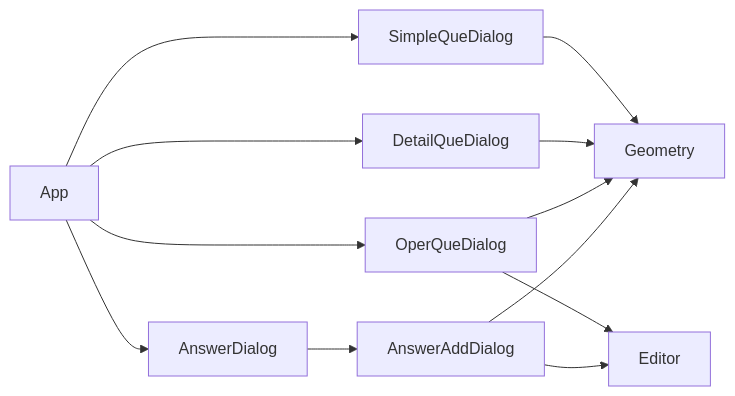
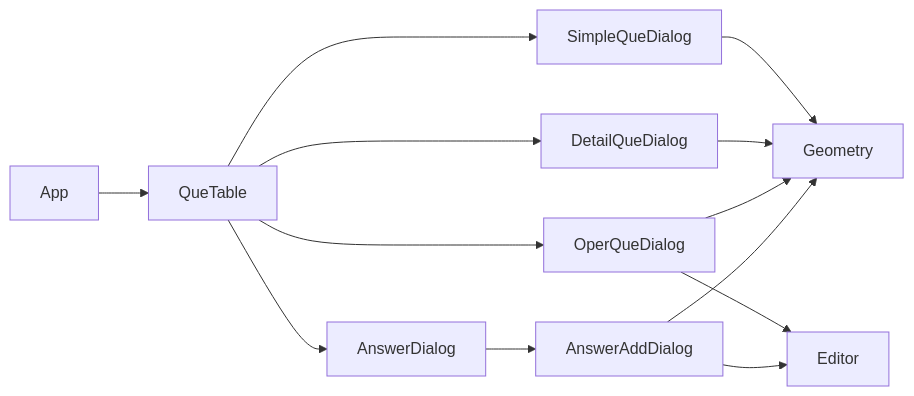
Before and after one commit to GeometryBook/geometry-web: the diagram in README.md, drawn with Mermaid.

Commit message:
README.md

````diff
--- a/README.md
+++ b/README.md
@@ -13,14 +13,15 @@
 ```mermaid
 graph LR
-A[App] --> B[SimpleQueDialog]
-A --> C[DetailQueDialog]
-A --> D[OperQueDialog]
-A --> E[AnswerDialog]
+A[App] --> J[QueTable]
+J --> B[SimpleQueDialog]
+J --> C[DetailQueDialog]
+J --> D[OperQueDialog]
+J --> E[AnswerDialog]
 E --> F[AnswerAddDialog]
 B --> H[Geometry]
 C --> H
 D --> H
 F --> H
 D --> I[Editor]
 F --> I
 ```
````
